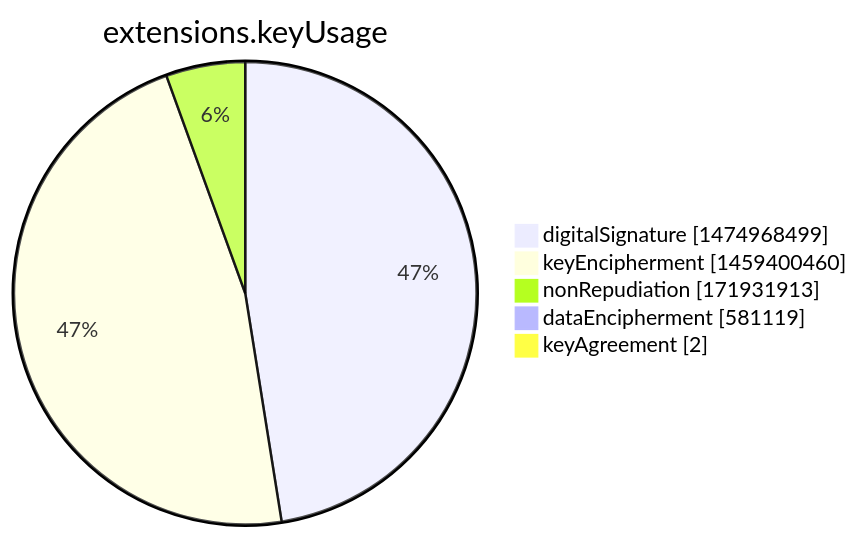
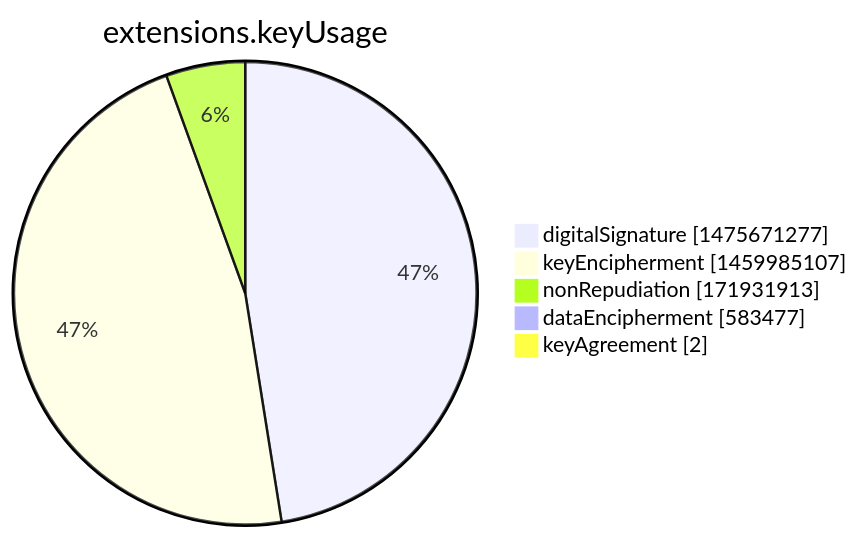
The seventh of 15 diagrams in argon2022/README.md (christiankrug/ctmonitor_visualization), drawn with Mermaid before and after one commit. The commit also changed other lines of this file, not shown here.

````diff
--- a/argon2022/README.md
+++ b/argon2022/README.md
@@ -2751,9 +2751,9 @@
 ```mermaid
 pie showData
 title extensions.keyUsage
-"digitalSignature" :1474968499
-"keyEncipherment" :1459400460
+"digitalSignature" :1475671277
+"keyEncipherment" :1459985107
 "nonRepudiation" :171931913
-"dataEncipherment" :581119
+"dataEncipherment" :583477
 "keyAgreement" :2
 ```
````
